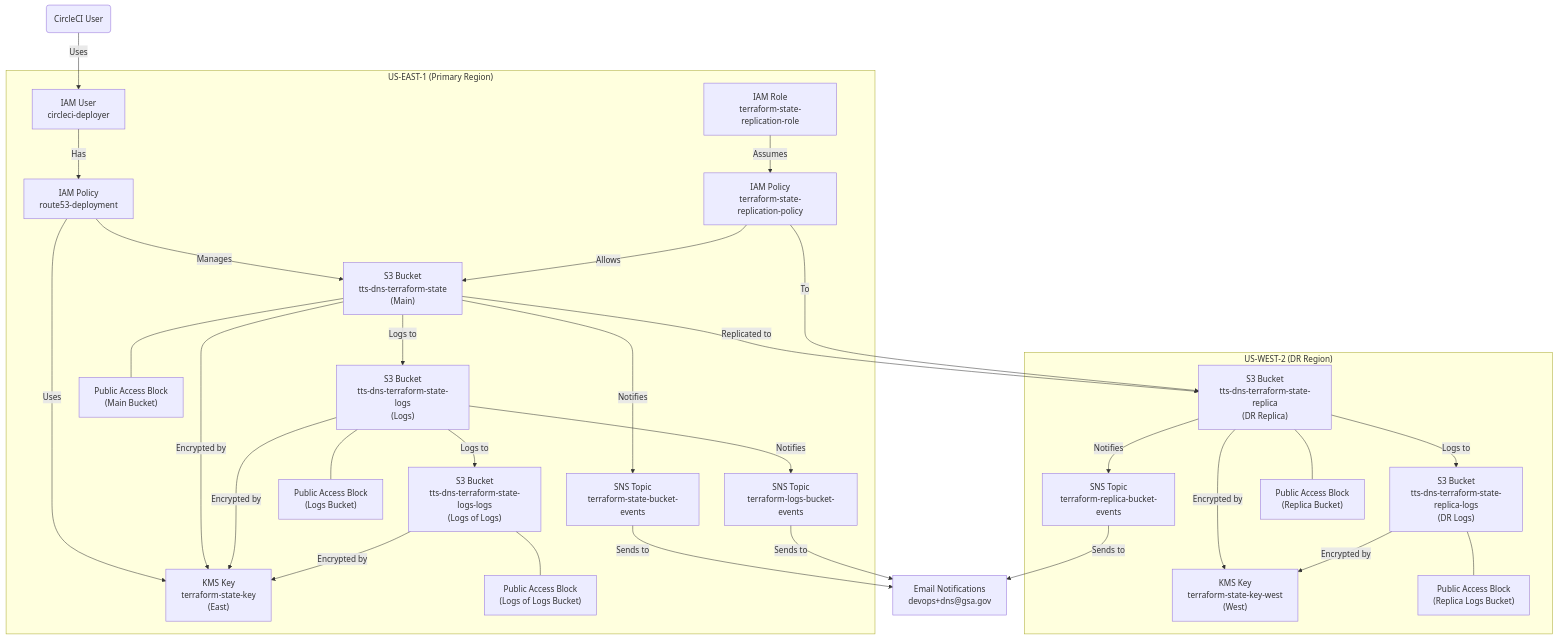
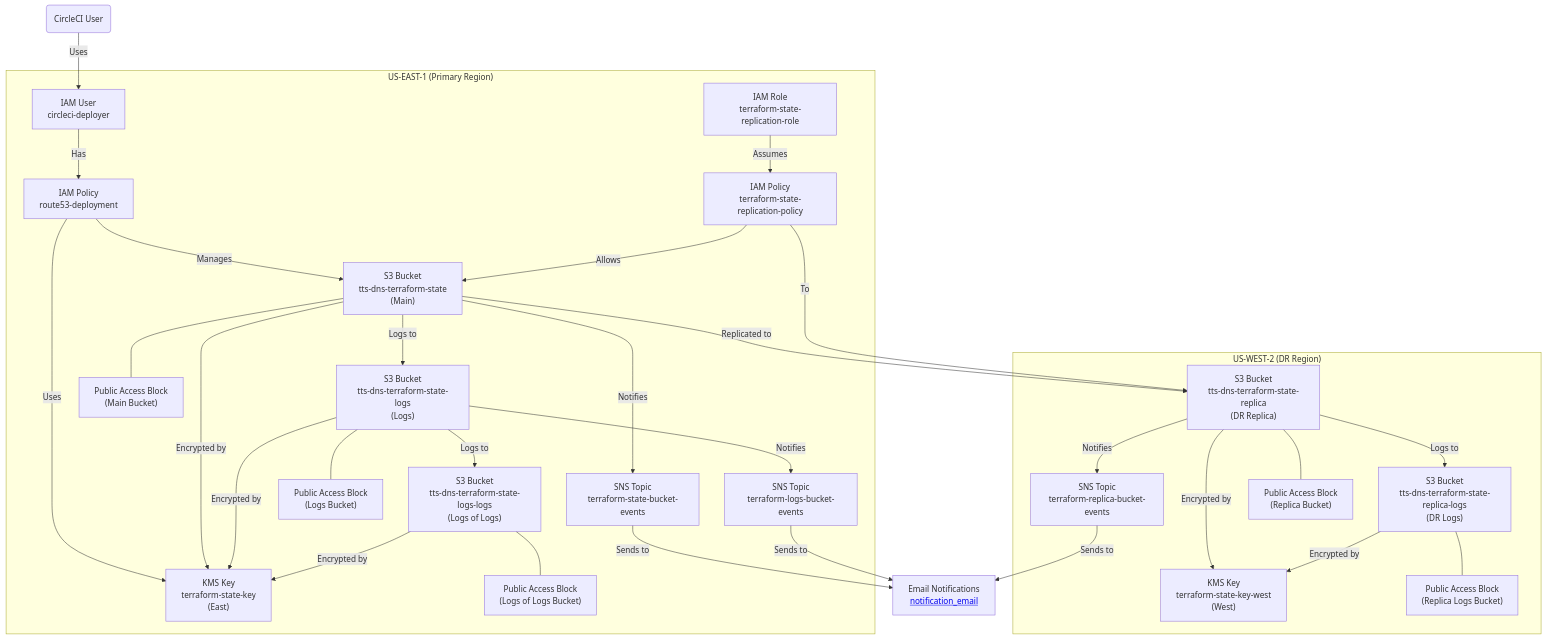
The diagram in doc/bootstrap.mmd (18F/dns), drawn with Mermaid before and after one commit. The commit also changed 2 other files, not shown here.

```diff
--- a/doc/bootstrap.mmd
+++ b/doc/bootstrap.mmd
@@ -1,94 +1,94 @@
 graph TD
     %% Define main resources
     User("CircleCI User")
     MainS3["S3 Bucket<br>tts-dns-terraform-state<br>(Main)"]
     LogsS3["S3 Bucket<br>tts-dns-terraform-state-logs<br>(Logs)"]
     LogsLogsS3["S3 Bucket<br>tts-dns-terraform-state-logs-logs<br>(Logs of Logs)"]
     ReplicaS3["S3 Bucket<br>tts-dns-terraform-state-replica<br>(DR Replica)"]
     ReplicaLogsS3["S3 Bucket<br>tts-dns-terraform-state-replica-logs<br>(DR Logs)"]
     
     %% KMS Keys
     KMSKey["KMS Key<br>terraform-state-key<br>(East)"]
     KMSKeyWest["KMS Key<br>terraform-state-key-west<br>(West)"]
     
     %% SNS Topics
     SNSMain["SNS Topic<br>terraform-state-bucket-events"]
     SNSLogs["SNS Topic<br>terraform-logs-bucket-events"]
     SNSReplica["SNS Topic<br>terraform-replica-bucket-events"]
     
     %% IAM Resources
     IAMUser["IAM User<br>circleci-deployer"]
     IAMPolicy["IAM Policy<br>route53-deployment"]
     IAMRole["IAM Role<br>terraform-state-replication-role"]
     IAMReplication["IAM Policy<br>terraform-state-replication-policy"]
     
     %% Email Notifications
-    Email["Email Notifications<br>devops+dns@gsa.gov"]
+    Email["Email Notifications<br><a href='mailto:devops+dns@gsa.gov'>notification_email</a>"]
     
     %% Security configurations
     PABMain["Public Access Block<br>(Main Bucket)"]
     PABLogs["Public Access Block<br>(Logs Bucket)"]
     PABLogsLogs["Public Access Block<br>(Logs of Logs Bucket)"]
     PABReplica["Public Access Block<br>(Replica Bucket)"]
     PABReplicaLogs["Public Access Block<br>(Replica Logs Bucket)"]
 
     %% Define regions
     subgraph "US-EAST-1 (Primary Region)"
         MainS3
         LogsS3
         LogsLogsS3
         KMSKey
         SNSMain
         SNSLogs
         IAMUser
         IAMPolicy
         IAMRole
         IAMReplication
         PABMain
         PABLogs
         PABLogsLogs
     end
 
     subgraph "US-WEST-2 (DR Region)"
         ReplicaS3
         ReplicaLogsS3
         KMSKeyWest
         SNSReplica
         PABReplica
         PABReplicaLogs
     end
     
     %% Define relationships
     User -->|Uses| IAMUser
     IAMUser -->|Has| IAMPolicy
     IAMPolicy -->|Manages| MainS3
     IAMPolicy -->|Uses| KMSKey
     
     MainS3 -->|Replicated to| ReplicaS3
     MainS3 -->|Logs to| LogsS3
     LogsS3 -->|Logs to| LogsLogsS3
     ReplicaS3 -->|Logs to| ReplicaLogsS3
     
     MainS3 -->|Encrypted by| KMSKey
     LogsS3 -->|Encrypted by| KMSKey
     LogsLogsS3 -->|Encrypted by| KMSKey
     ReplicaS3 -->|Encrypted by| KMSKeyWest
     ReplicaLogsS3 -->|Encrypted by| KMSKeyWest
     
     MainS3 -->|Notifies| SNSMain
     LogsS3 -->|Notifies| SNSLogs
     ReplicaS3 -->|Notifies| SNSReplica
     
     SNSMain -->|Sends to| Email
     SNSLogs -->|Sends to| Email
     SNSReplica -->|Sends to| Email
     
     IAMRole -->|Assumes| IAMReplication
     IAMReplication -->|Allows| MainS3
     IAMReplication -->|To| ReplicaS3
     
     MainS3 --- PABMain
     LogsS3 --- PABLogs
     LogsLogsS3 --- PABLogsLogs
     ReplicaS3 --- PABReplica
     ReplicaLogsS3 --- PABReplicaLogs
```
